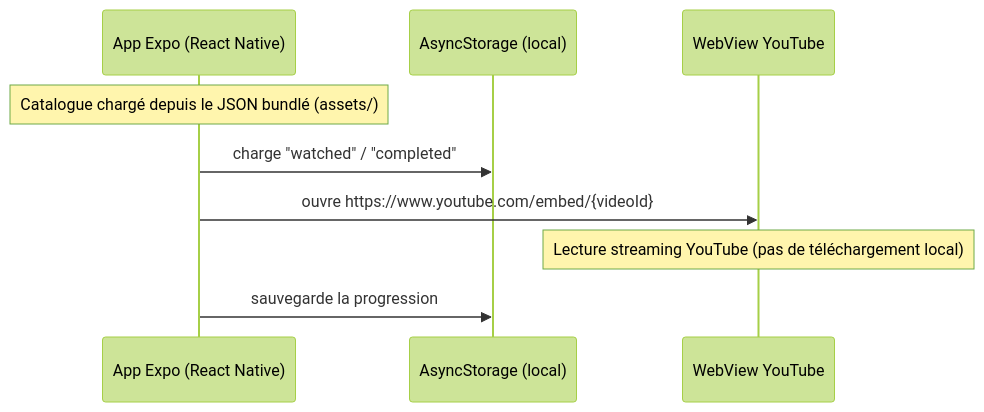
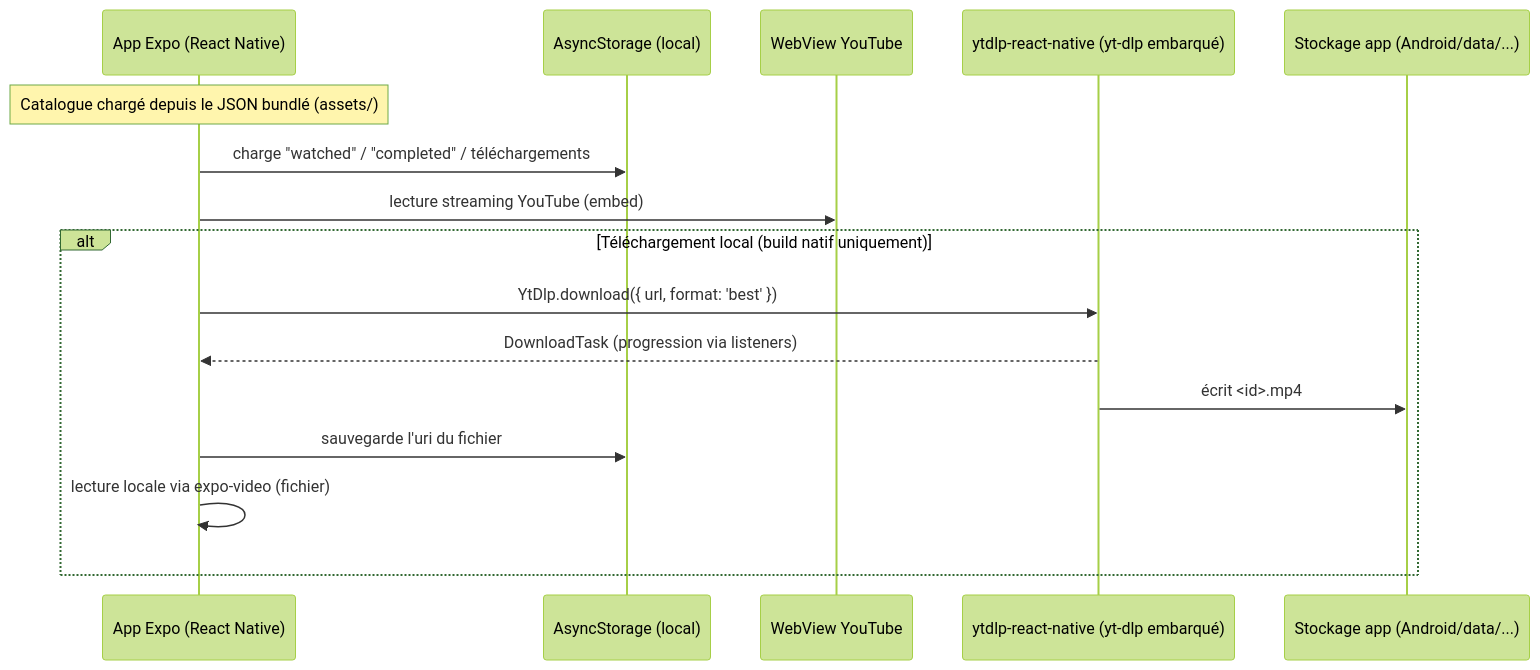
The fifth of 5 diagrams in docs/02-sequence-diagrams.md (arnaudsomville/Arset_program), drawn with Mermaid (forest theme) before and after one commit. The commit also changed other lines of this file and 17 other files, not shown here.

First line of the commit message:
Add native on-device download + Android build workflows

````diff
--- a/docs/02-sequence-diagrams.md
+++ b/docs/02-sequence-diagrams.md
@@ -97,12 +98,20 @@
 ```mermaid
 sequenceDiagram
     participant M as App Expo (React Native)
     participant A as AsyncStorage (local)
     participant W as WebView YouTube
+    participant Y as ytdlp-react-native (yt-dlp embarqué)
+    participant F as Stockage app (Android/data/...)
 
     Note over M: Catalogue chargé depuis le JSON bundlé (assets/)
-    M->>A: charge "watched" / "completed"
-    M->>W: ouvre https://www.youtube.com/embed/{videoId}
-    Note over W: Lecture streaming YouTube (pas de téléchargement local)
-    M->>A: sauvegarde la progression
+    M->>A: charge "watched" / "completed" / téléchargements
+    M->>W: lecture streaming YouTube (embed)
+
+    alt Téléchargement local (build natif uniquement)
+        M->>Y: YtDlp.download({ url, format: 'best' })
+        Y-->>M: DownloadTask (progression via listeners)
+        Y->>F: écrit <id>.mp4
+        M->>A: sauvegarde l'uri du fichier
+        M->>M: lecture locale via expo-video (fichier)
+    end
 ```
````
